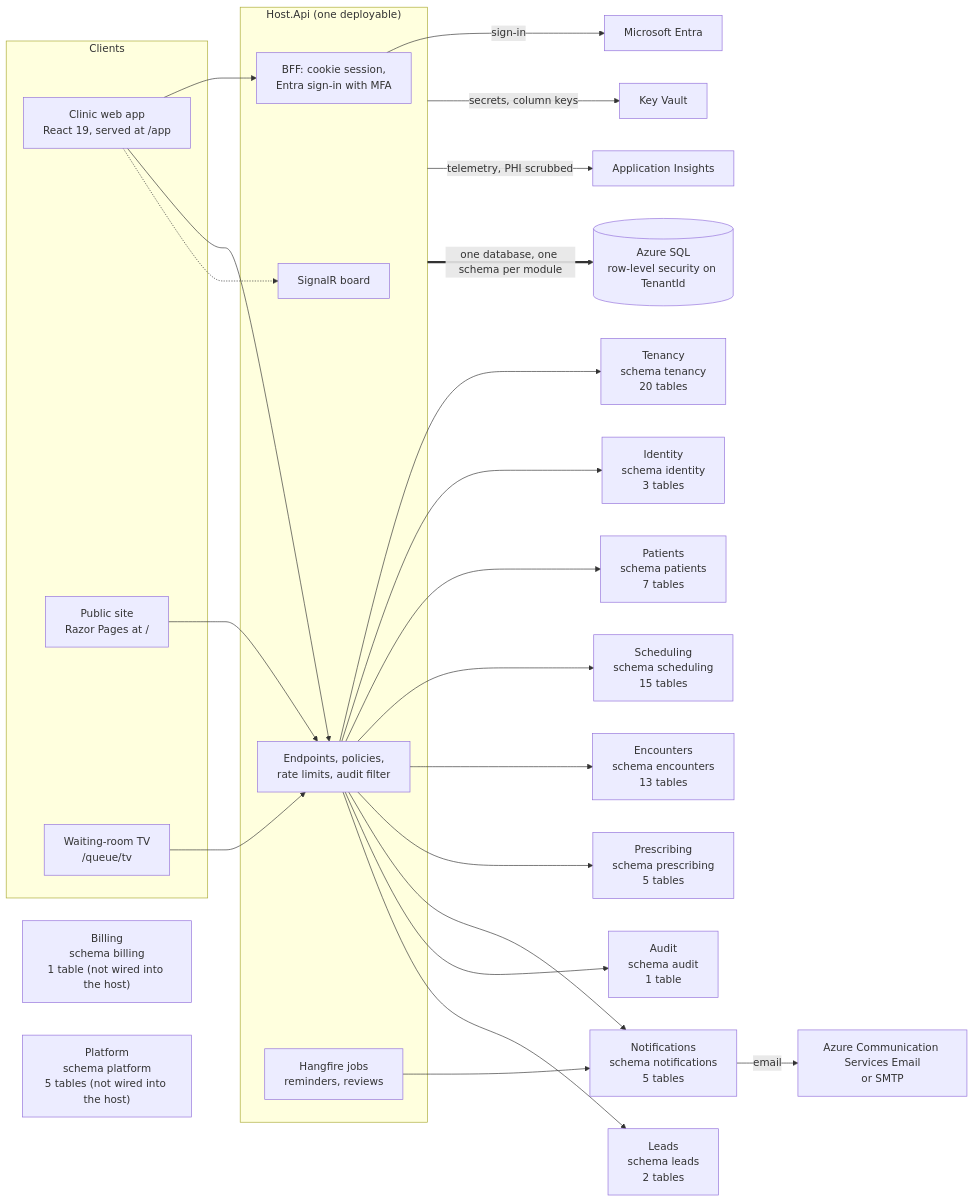
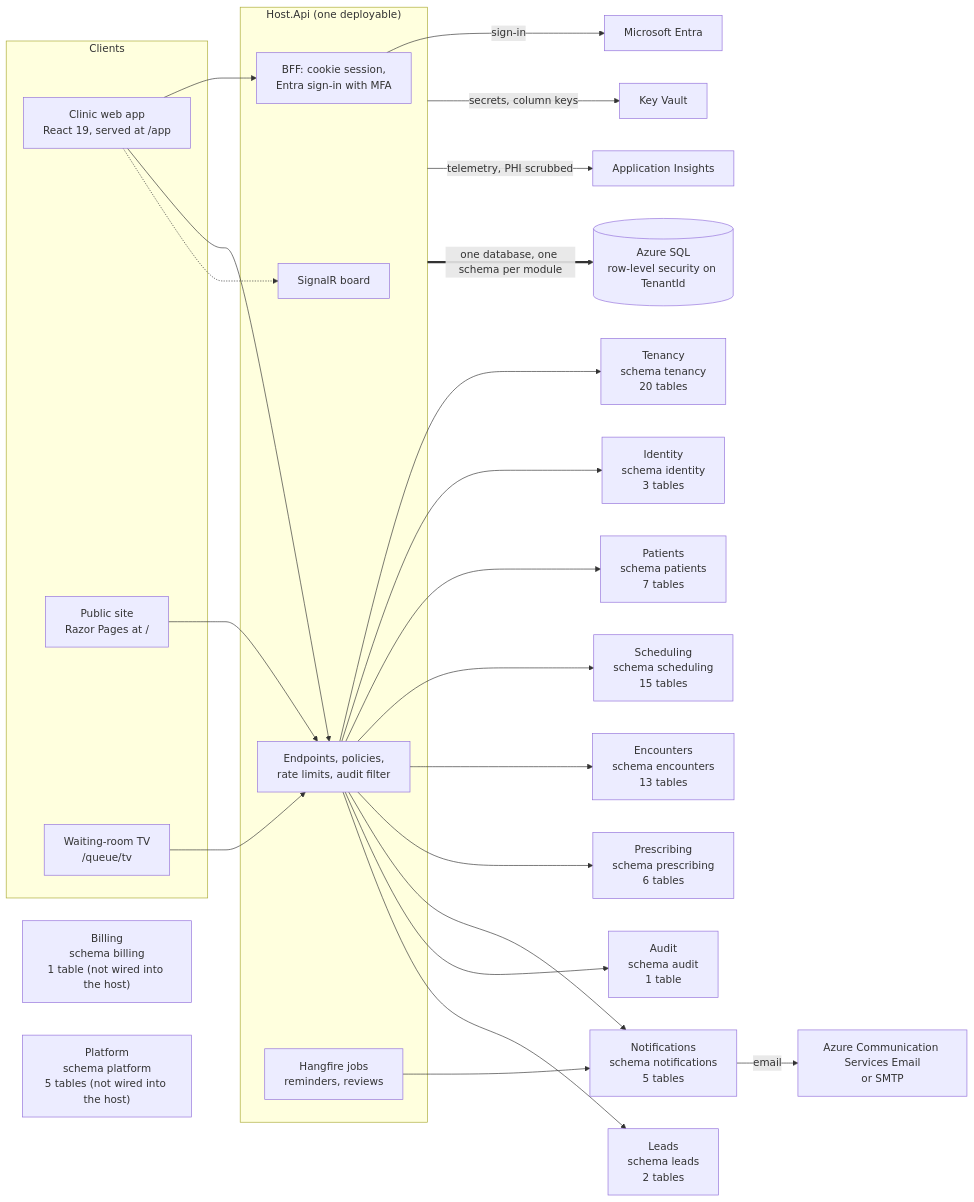
The first of 14 diagrams in docs/03-architecture/erd.md (ALFRED-LUCIFER/medvya), drawn with Mermaid before and after one commit. The commit also changed other lines of this file and 31 other files, not shown here.

````diff
--- a/docs/03-architecture/erd.md
+++ b/docs/03-architecture/erd.md
@@ -15,36 +15,36 @@
 ```mermaid
 flowchart LR
   subgraph Clients
     web["Clinic web app<br/>React 19, served at /app"]
     site["Public site<br/>Razor Pages at /"]
     tv["Waiting-room TV<br/>/queue/tv"]
   end
   subgraph Host["Host.Api (one deployable)"]
     bff["BFF: cookie session,<br/>Entra sign-in with MFA"]
     api["Endpoints, policies,<br/>rate limits, audit filter"]
     hub["SignalR board"]
     jobs["Hangfire jobs<br/>reminders, reviews"]
   end
   web --> bff
   web --> api
   web -.-> hub
   tv --> api
   site --> api
   api --> Tenancy["Tenancy<br/>schema tenancy<br/>20 tables"]
   api --> Identity["Identity<br/>schema identity<br/>3 tables"]
   api --> Patients["Patients<br/>schema patients<br/>7 tables"]
   api --> Scheduling["Scheduling<br/>schema scheduling<br/>15 tables"]
   api --> Encounters["Encounters<br/>schema encounters<br/>13 tables"]
-  api --> Prescribing["Prescribing<br/>schema prescribing<br/>5 tables"]
+  api --> Prescribing["Prescribing<br/>schema prescribing<br/>6 tables"]
   api --> Notifications["Notifications<br/>schema notifications<br/>5 tables"]
   api --> Audit["Audit<br/>schema audit<br/>1 table"]
   api --> Leads["Leads<br/>schema leads<br/>2 tables"]
   Billing["Billing<br/>schema billing<br/>1 table (not wired into the host)"]
   Platform["Platform<br/>schema platform<br/>5 tables (not wired into the host)"]
   jobs --> Notifications
   bff -->|"sign-in"| entra["Microsoft Entra"]
   Notifications -->|"email"| mail["Azure Communication Services Email<br/>or SMTP"]
   Host -->|"secrets, column keys"| kv["Key Vault"]
   Host -->|"telemetry, PHI scrubbed"| ai["Application Insights"]
   Host ==>|"one database, one schema per module"| sql[("Azure SQL<br/>row-level security on TenantId")]
 ```
````
